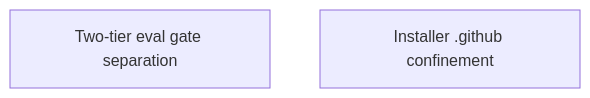
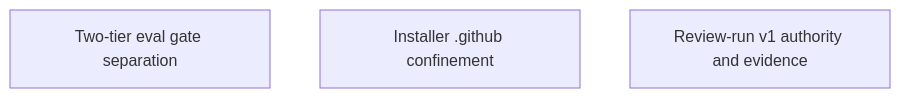
One commit to jIRI-san/skalary changed the diagram in docs/architecture-notes/architecture.human.md. Above: the diagram before and after it, drawn with Mermaid. The commit also changed other lines of this file and 32 other files, not shown here.

Commit message:
fix(review): bind finalization authority [plan-c21cdc]

````diff
--- a/docs/architecture-notes/architecture.human.md
+++ b/docs/architecture-notes/architecture.human.md
@@ -25,5 +25,6 @@
 ```mermaid
 graph TD
   ARCH_Eval_Gate_Separation["Two-tier eval gate separation"]
   ARCH_Install_Confinement["Installer .github confinement"]
+  ARCH_Review_Run_V1["Review-run v1 authority and evidence"]
 ```
````
